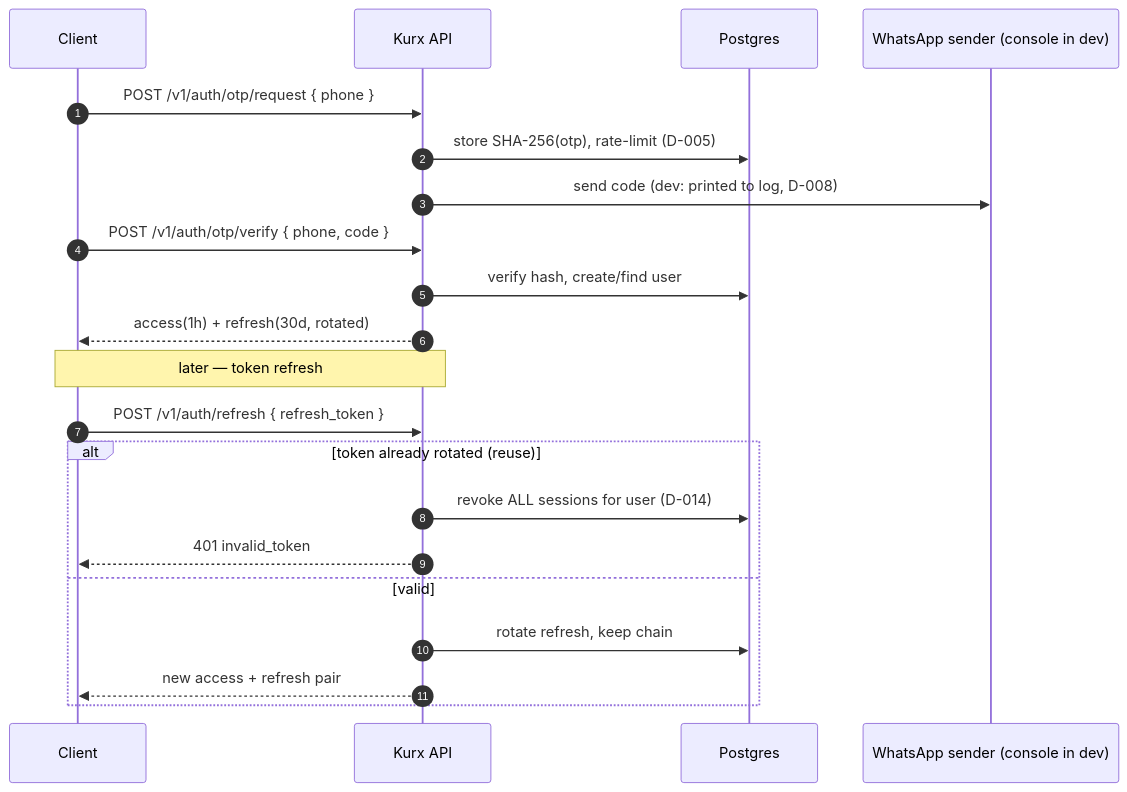
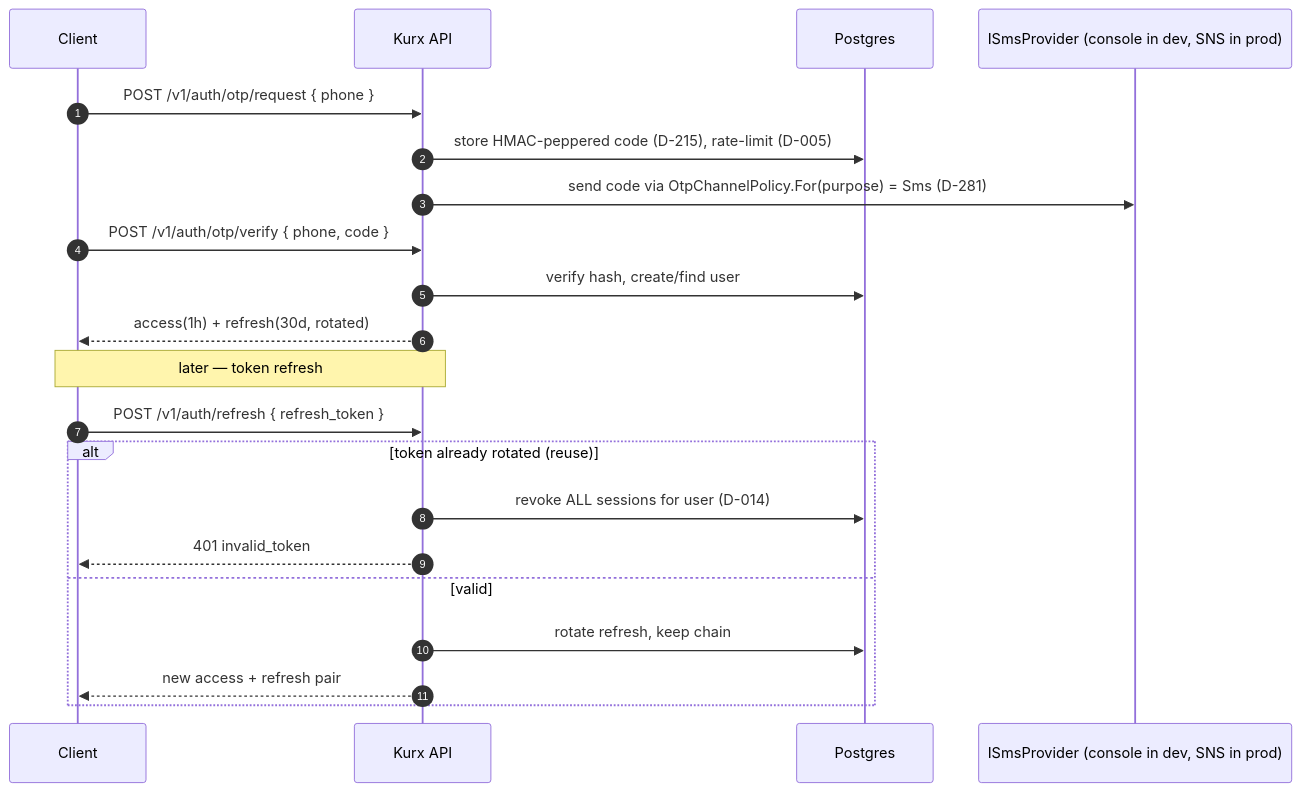
One commit to chaitanyareddykarri/kurx changed the fifth of 14 diagrams in docs/architecture/diagrams.md. Above: the diagram before and after it, drawn with Mermaid. The commit also changed other lines of this file and 155 other files, not shown here.

````diff
--- a/docs/architecture/diagrams.md
+++ b/docs/architecture/diagrams.md
@@ -248,24 +274,24 @@
 ```mermaid
 sequenceDiagram
     autonumber
     participant C as Client
     participant API as Kurx API
     participant DB as Postgres
-    participant WA as WhatsApp sender (console in dev)
+    participant SMS as ISmsProvider (console in dev, SNS in prod)
 
     C->>API: POST /v1/auth/otp/request { phone }
-    API->>DB: store SHA-256(otp), rate-limit (D-005)
-    API->>WA: send code (dev: printed to log, D-008)
+    API->>DB: store HMAC-peppered code (D-215), rate-limit (D-005)
+    API->>SMS: send code via OtpChannelPolicy.For(purpose) = Sms (D-281)
     C->>API: POST /v1/auth/otp/verify { phone, code }
     API->>DB: verify hash, create/find user
     API-->>C: access(1h) + refresh(30d, rotated)
     Note over C,API: later — token refresh
     C->>API: POST /v1/auth/refresh { refresh_token }
     alt token already rotated (reuse)
         API->>DB: revoke ALL sessions for user (D-014)
         API-->>C: 401 invalid_token
     else valid
         API->>DB: rotate refresh, keep chain
         API-->>C: new access + refresh pair
     end
 ```
````
